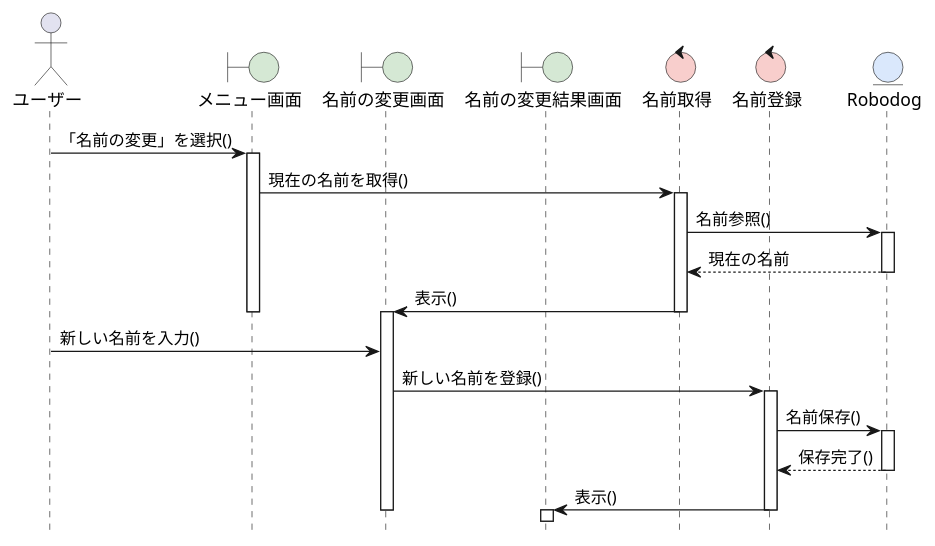
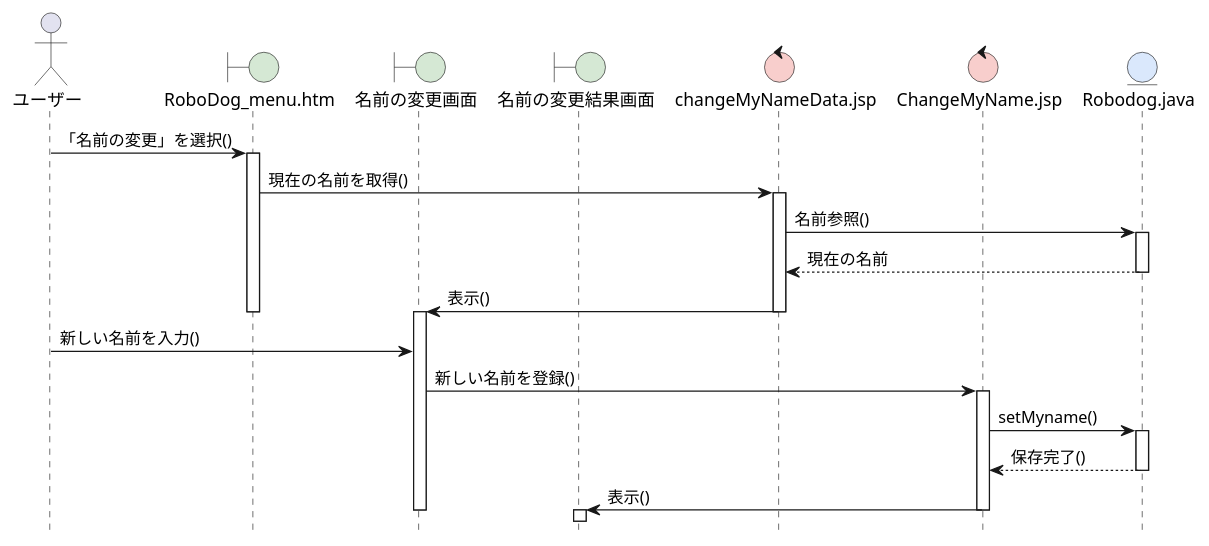
Before and after one commit to Haruka-ui/ohara_uml: the diagram in 9月16日_資料/06_robo_dog/sequence_01_change_name.pu, drawn with PlantUML. The commit also changed 47 other files, not shown here.

```diff
--- a/9月16日_資料/06_robo_dog/sequence_01_change_name.pu
+++ b/9月16日_資料/06_robo_dog/sequence_01_change_name.pu
@@ -1,43 +1,43 @@
 @startuml RoboDogシステム-名前変更シーケンス図
 hide footbox
 skinparam boundaryBackgroundColor #D5E8D4
 skinparam controlBackgroundColor  #F8CECC
 skinparam entityBackgroundColor   #DAE8FC
 
 actor ユーザー as A
-boundary メニュー画面 as B1
+boundary "RoboDog_menu.htm" as B1
 boundary 名前の変更画面 as B2
 boundary 名前の変更結果画面 as B3
-control 名前取得 as C1
-control 名前登録 as C2
-entity Robodog as E
+control "changeMyNameData.jsp" as C1
+control "ChangeMyName.jsp" as C2
+entity "Robodog.java" as E
 
 A -> B1: 「名前の変更」を選択()
 activate B1
 
 B1 -> C1: 現在の名前を取得()
 activate C1
 C1 -> E: 名前参照()
 activate E
 E --> C1: 現在の名前
 deactivate E
 C1 -> B2: 表示()
 deactivate C1
 deactivate B1
 activate B2
 
 A -> B2: 新しい名前を入力()
 
 B2 -> C2: 新しい名前を登録()
 activate C2
-C2 -> E: 名前保存()
+C2 -> E: setMyname()
 activate E
 E --> C2: 保存完了()
 deactivate E
 
 C2 -> B3: 表示()
 deactivate C2
 deactivate B2
 activate B3
 
 @enduml
```
